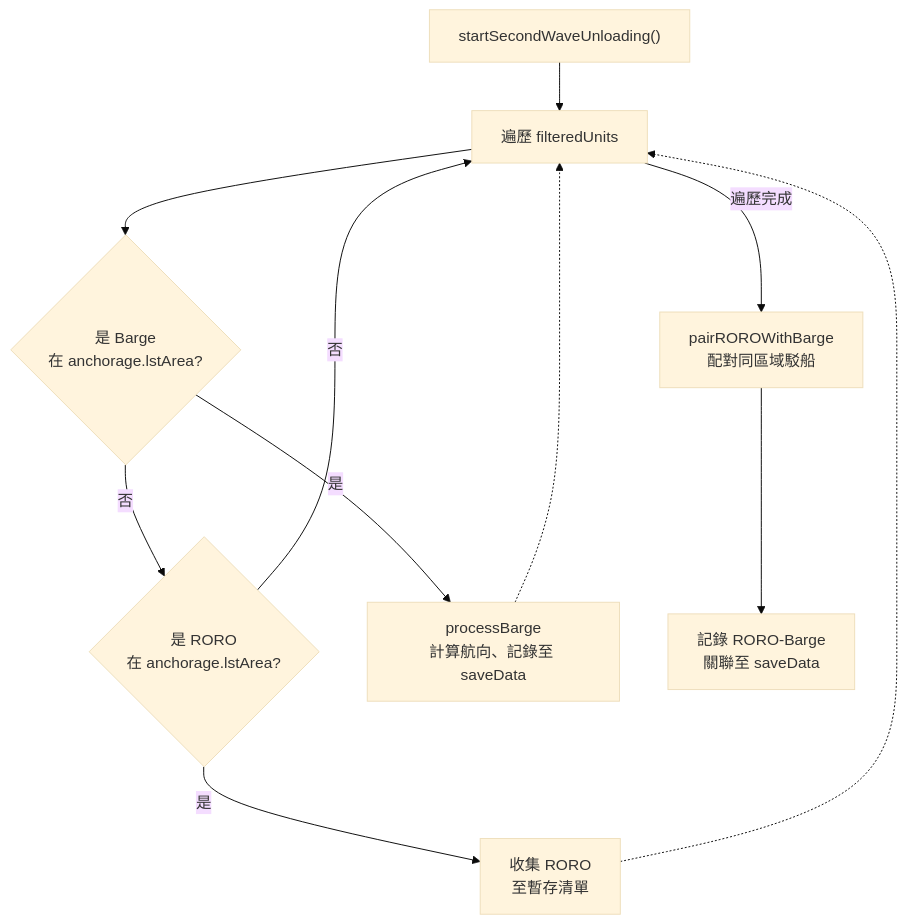
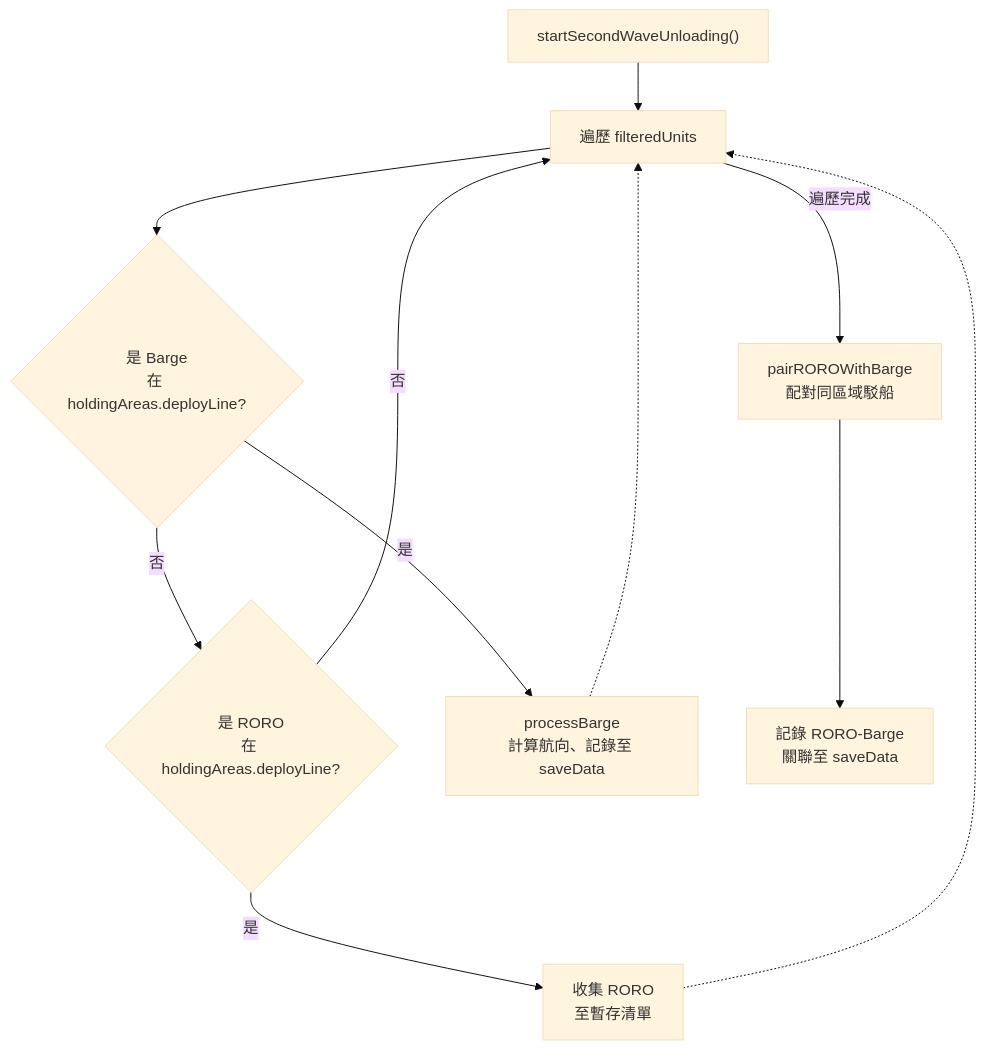
One commit to pullupjumper/formosa-in-flames changed the third of 5 diagrams in docs/landingOps/secondWaveUnloading.md. Above: the diagram before and after it, drawn with Mermaid (base theme). The commit also changed other lines of this file and 31 other files, not shown here.

First line of the commit message:
refactor(landingOps): rename anchorage to movement.holdingAreas and trim shipMovement params

````diff
--- a/docs/landingOps/secondWaveUnloading.md
+++ b/docs/landingOps/secondWaveUnloading.md
@@ -71,21 +71,21 @@
 ```mermaid
 flowchart TD
     START["startSecondWaveUnloading()"]
     ITER_UNIT["遍歷 filteredUnits"]
-    IS_BARGE{是 Barge<br>在 anchorage.lstArea?}
-    IS_RORO{是 RORO<br>在 anchorage.lstArea?}
+    IS_BARGE{是 Barge<br>在 holdingAreas.deployLine?}
+    IS_RORO{是 RORO<br>在 holdingAreas.deployLine?}
     PROC_BARGE["processBarge<br>計算航向、記錄至 saveData"]
     COLLECT_RORO["收集 RORO<br>至暫存清單"]
     PAIR["pairROROWithBarge<br>配對同區域駁船"]
     SAVE["記錄 RORO-Barge<br>關聯至 saveData"]
 
     START --> ITER_UNIT
     ITER_UNIT --> IS_BARGE
     IS_BARGE -->|是| PROC_BARGE
     IS_BARGE -->|否| IS_RORO
     IS_RORO -->|是| COLLECT_RORO
     IS_RORO -->|否| ITER_UNIT
     PROC_BARGE -.-> ITER_UNIT
     COLLECT_RORO -.-> ITER_UNIT
     ITER_UNIT -->|遍歷完成| PAIR --> SAVE
 ```
````
